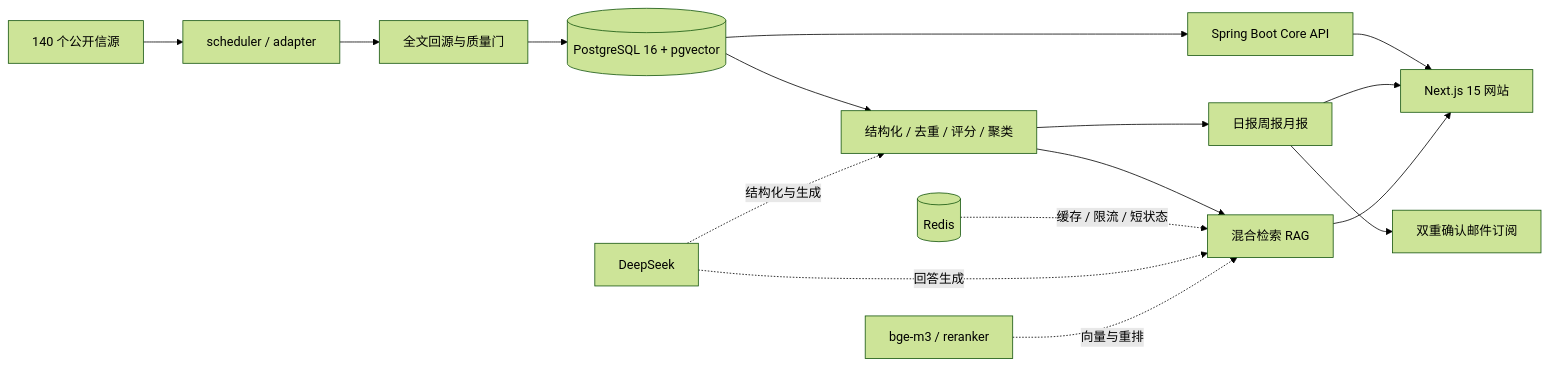
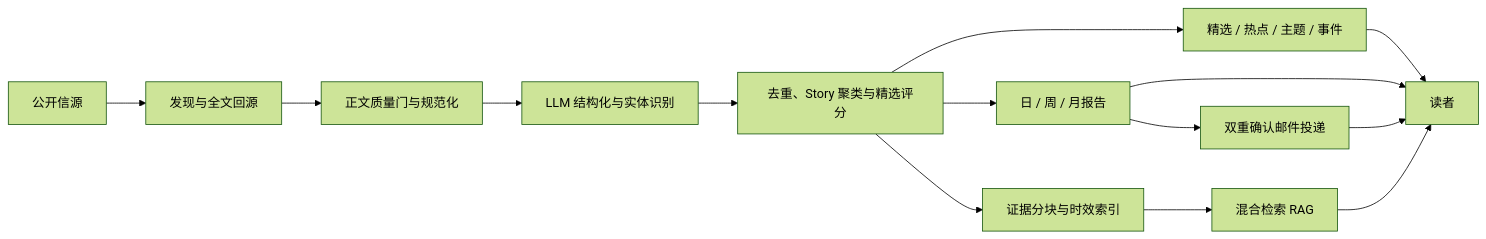
One commit to linruibang19-home/AI-Hot-Radar changed the first of 3 diagrams in README.md. Above: the diagram before and after it, drawn with Mermaid (forest theme). The commit also changed other lines of this file and 23 other files, not shown here.

````diff
--- a/README.md
+++ b/README.md
@@ -46,18 +61,16 @@
 ```mermaid
 flowchart LR
-    A["140 个公开信源"] --> B["scheduler / adapter"]
-    B --> C["全文回源与质量门"]
-    C --> D[("PostgreSQL 16 + pgvector")]
-    D --> E["结构化 / 去重 / 评分 / 聚类"]
-    E --> F["日报周报月报"]
-    E --> G["混合检索 RAG"]
-    D --> H["Spring Boot Core API"]
-    H --> I["Next.js 15 网站"]
-    F --> I
-    F --> J["双重确认邮件订阅"]
-    G --> I
-    K[("Redis")] -. "缓存 / 限流 / 短状态" .-> G
-    L["DeepSeek"] -. "结构化与生成" .-> E
-    L -. "回答生成" .-> G
-    M["bge-m3 / reranker"] -. "向量与重排" .-> G
+    S["公开信源"] --> I["发现与全文回源"]
+    I --> Q["正文质量门与规范化"]
+    Q --> E["LLM 结构化与实体识别"]
+    E --> D["去重、Story 聚类与精选评分"]
+    D --> W["精选 / 热点 / 主题 / 事件"]
+    D --> R["日 / 周 / 月报告"]
+    D --> K["证据分块与时效索引"]
+    R --> M["双重确认邮件投递"]
+    K --> A["混合检索 RAG"]
+    W --> U["读者"]
+    R --> U
+    M --> U
+    A --> U
 ```
````
